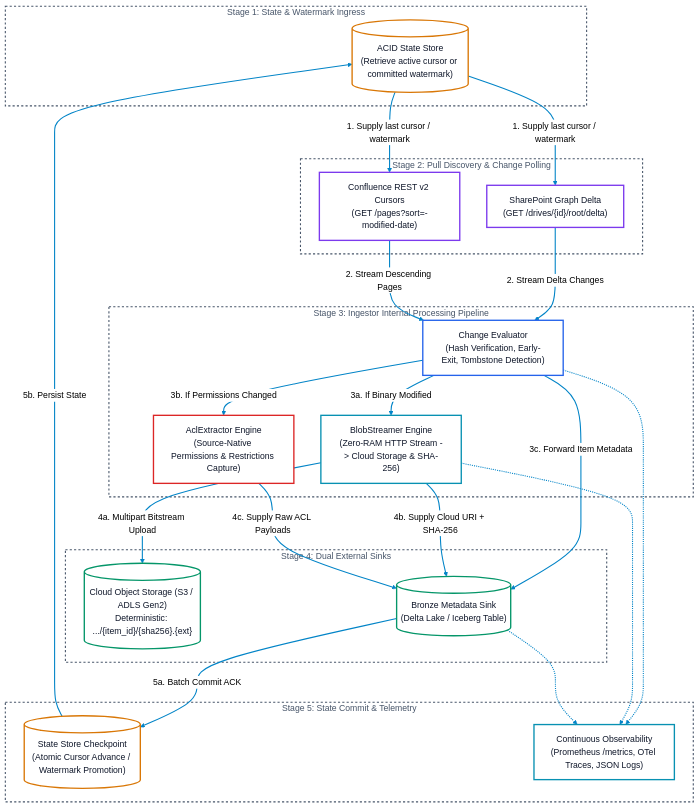
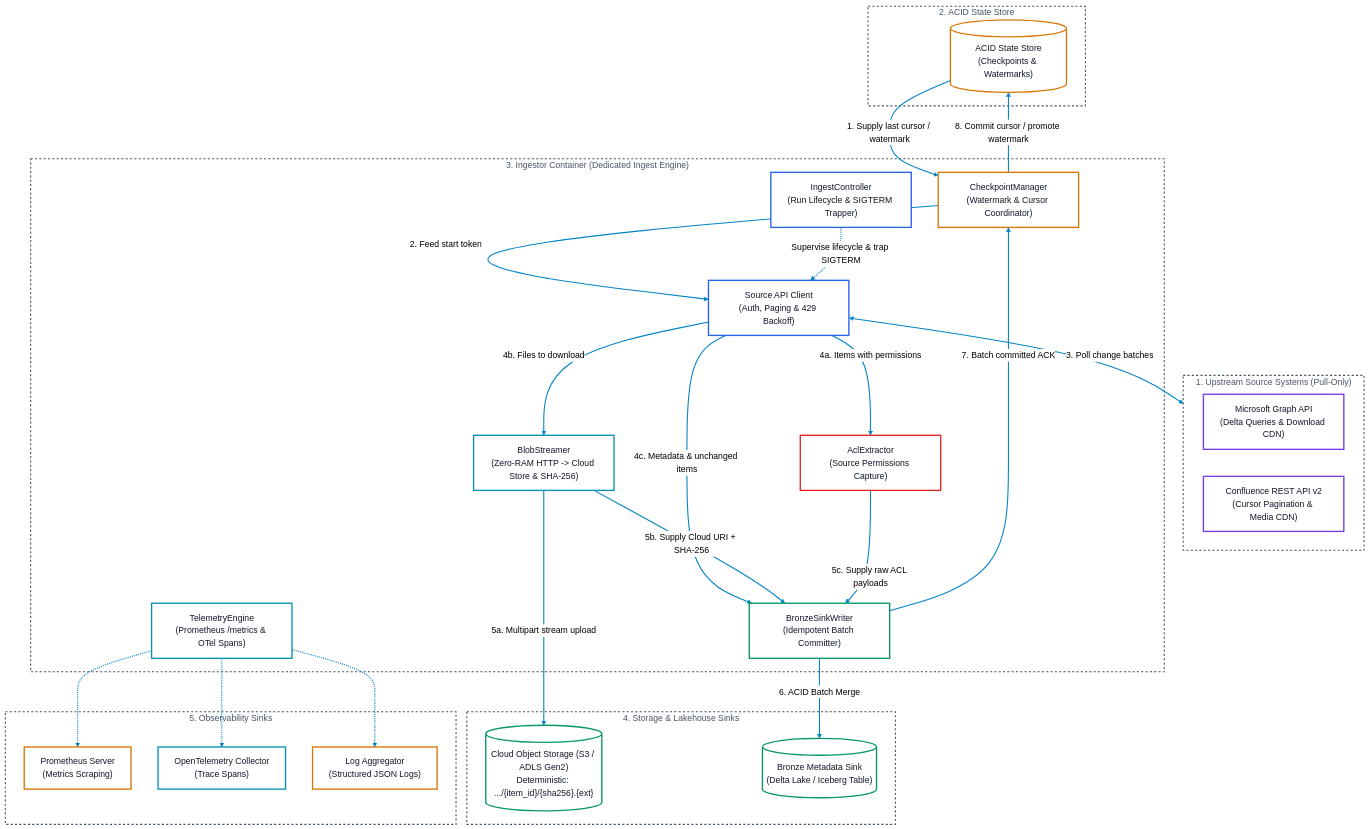
One commit to toanbui626391/document_ingestors changed the first of 2 diagrams in docs/architectures/README.md. Above: the diagram before and after it, drawn with Mermaid (neutral theme). The commit also changed 2 other files, not shown here.

````diff
--- a/docs/architectures/README.md
+++ b/docs/architectures/README.md
@@ -23,69 +23,74 @@
 ```mermaid
 flowchart TD
-    subgraph Stage1 ["Stage 1: State & Watermark Ingress"]
-        StateDB[("ACID State Store\n(Retrieve active cursor or committed watermark)")]:::amber
+    subgraph Upstream ["1. Upstream Source Systems (Pull-Only)"]
+        SP_API["Microsoft Graph API\n(Delta Queries & Download CDN)"]:::purple
+        CF_API["Confluence REST API v2\n(Cursor Pagination & Media CDN)"]:::purple
     end
 
-    subgraph Stage2 ["Stage 2: Pull Discovery & Change Polling"]
-        SP_Source["SharePoint Graph Delta\n(GET /drives/{id}/root/delta)"]:::purple
-        CF_Source["Confluence REST v2 Cursors\n(GET /pages?sort=-modified-date)"]:::purple
+    subgraph StateTier ["2. ACID State Store"]
+        StateDB[("ACID State Store\n(Checkpoints & Watermarks)")]:::amber
     end
 
-    subgraph Stage3 ["Stage 3: Ingestor Internal Processing Pipeline"]
-        ChangeEval["Change Evaluator\n(Hash Verification, Early-Exit, Tombstone Detection)"]:::blue
-        BlobStreamer["BlobStreamer Engine\n(Zero-RAM HTTP Stream -> Cloud Storage & SHA-256)"]:::cyan
-        AclExtractor["AclExtractor Engine\n(Source-Native Permissions & Restrictions Capture)"]:::red
+    subgraph Ingestor ["3. Ingestor Container (Dedicated Ingest Engine)"]
+        Controller["IngestController\n(Run Lifecycle & SIGTERM Trapper)"]:::blue
+        CheckpointMgr["CheckpointManager\n(Watermark & Cursor Coordinator)"]:::amber
+        SourceClient["Source API Client\n(Auth, Paging & 429 Backoff)"]:::blue
+        AclExtractor["AclExtractor\n(Source Permissions Capture)"]:::red
+        BlobStreamer["BlobStreamer\n(Zero-RAM HTTP -> Cloud Store & SHA-256)"]:::cyan
+        BronzeWriter["BronzeSinkWriter\n(Idempotent Batch Committer)"]:::green
+        Telemetry["TelemetryEngine\n(Prometheus /metrics & OTel Spans)"]:::cyan
     end
 
-    subgraph Stage4 ["Stage 4: Dual External Sinks"]
+    subgraph Sinks ["4. Storage & Lakehouse Sinks"]
         BlobStore[("Cloud Object Storage (S3 / ADLS Gen2)\nDeterministic: .../{item_id}/{sha256}.{ext}")]:::green
         BronzeTable[("Bronze Metadata Sink\n(Delta Lake / Iceberg Table)")]:::green
     end
 
-    subgraph Stage5 ["Stage 5: State Commit & Telemetry"]
-        CommitCheckpoint[("State Store Checkpoint\n(Atomic Cursor Advance / Watermark Promotion)")]:::amber
-        TelemetryExport["Continuous Observability\n(Prometheus /metrics, OTel Traces, JSON Logs)"]:::cyan
+    subgraph Observers ["5. Observability Sinks"]
+        Prom["Prometheus Server\n(Metrics Scraping)"]:::amber
+        Otel["OpenTelemetry Collector\n(Trace Spans)"]:::cyan
+        Logs["Log Aggregator\n(Structured JSON Logs)"]:::amber
     end
 
     %% Data Flow Transitions
-    StateDB -->|1. Supply last cursor / watermark| SP_Source
-    StateDB -->|1. Supply last cursor / watermark| CF_Source
+    StateDB -->|1. Supply last cursor / watermark| CheckpointMgr
+    CheckpointMgr -->|2. Feed start token| SourceClient
+    SourceClient <-->|3. Poll change batches| Upstream
 
-    SP_Source -->|2. Stream Delta Changes| ChangeEval
-    CF_Source -->|2. Stream Descending Pages| ChangeEval
+    SourceClient -->|4a. Items with permissions| AclExtractor
+    SourceClient -->|4b. Files to download| BlobStreamer
+    SourceClient -->|4c. Metadata & unchanged items| BronzeWriter
 
-    ChangeEval -->|3a. If Binary Modified| BlobStreamer
-    ChangeEval -->|3b. If Permissions Changed| AclExtractor
-    ChangeEval -->|3c. Forward Item Metadata| BronzeTable
+    BlobStreamer -->|5a. Multipart stream upload| BlobStore
+    BlobStreamer -->|5b. Supply Cloud URI + SHA-256| BronzeWriter
+    AclExtractor -->|5c. Supply raw ACL payloads| BronzeWriter
 
-    BlobStreamer -->|4a. Multipart Bitstream Upload| BlobStore
-    BlobStreamer -->|4b. Supply Cloud URI + SHA-256| BronzeTable
-    AclExtractor -->|4c. Supply Raw ACL Payloads| BronzeTable
+    BronzeWriter -->|6. ACID Batch Merge| BronzeTable
+    BronzeWriter -->|7. Batch committed ACK| CheckpointMgr
+    CheckpointMgr -->|8. Commit cursor / promote watermark| StateDB
 
-    BronzeTable -->|5a. Batch Commit ACK| CommitCheckpoint
-    CommitCheckpoint -->|5b. Persist State| StateDB
+    %% Controller & Telemetry
+    Controller -.->|Supervise lifecycle & trap SIGTERM| SourceClient
+    Telemetry -.-> Prom
+    Telemetry -.-> Otel
+    Telemetry -.-> Logs
 
-    %% Telemetry Stream
-    ChangeEval -.-> TelemetryExport
-    BlobStreamer -.-> TelemetryExport
-    BronzeTable -.-> TelemetryExport
-
-    %% Subgraphs Styling
-    style Stage1 fill:none,stroke:#475569,stroke-width:2px,stroke-dasharray: 4 4,color:#475569
-    style Stage2 fill:none,stroke:#475569,stroke-width:2px,stroke-dasharray: 4 4,color:#475569
-    style Stage3 fill:none,stroke:#475569,stroke-width:2px,stroke-dasharray: 4 4,color:#475569
-    style Stage4 fill:none,stroke:#475569,stroke-width:2px,stroke-dasharray: 4 4,color:#475569
-    style Stage5 fill:none,stroke:#475569,stroke-width:2px,stroke-dasharray: 4 4,color:#475569
+    %% Subgraphs Style
+    style Upstream fill:none,stroke:#475569,stroke-width:2px,stroke-dasharray: 4 4,color:#475569
+    style StateTier fill:none,stroke:#475569,stroke-width:2px,stroke-dasharray: 4 4,color:#475569
+    style Ingestor fill:none,stroke:#475569,stroke-width:2px,stroke-dasharray: 4 4,color:#475569
+    style Sinks fill:none,stroke:#475569,stroke-width:2px,stroke-dasharray: 4 4,color:#475569
+    style Observers fill:none,stroke:#475569,stroke-width:2px,stroke-dasharray: 4 4,color:#475569
 
     %% High-Visibility Link Arrows
     linkStyle default stroke:#0284c7,stroke-width:2px
 
     %% Dual-Mode Card Palette
     classDef default fill:#ffffff,stroke:#475569,stroke-width:2.5px,color:#0f172a;
     classDef blue    fill:#ffffff,stroke:#2563eb,stroke-width:2.5px,color:#0f172a;
     classDef green   fill:#ffffff,stroke:#059669,stroke-width:2.5px,color:#0f172a;
     classDef amber   fill:#ffffff,stroke:#d97706,stroke-width:2.5px,color:#0f172a;
     classDef purple  fill:#ffffff,stroke:#7c3aed,stroke-width:2.5px,color:#0f172a;
     classDef red     fill:#ffffff,stroke:#dc2626,stroke-width:2.5px,color:#0f172a;
     classDef cyan    fill:#ffffff,stroke:#0891b2,stroke-width:2.5px,color:#0f172a;
 ```
````
